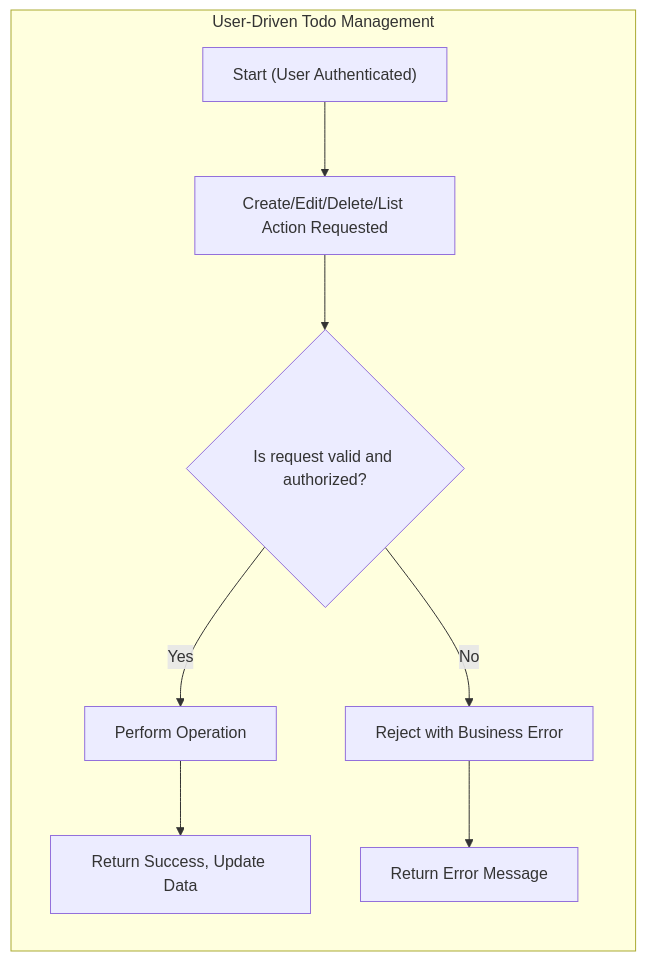
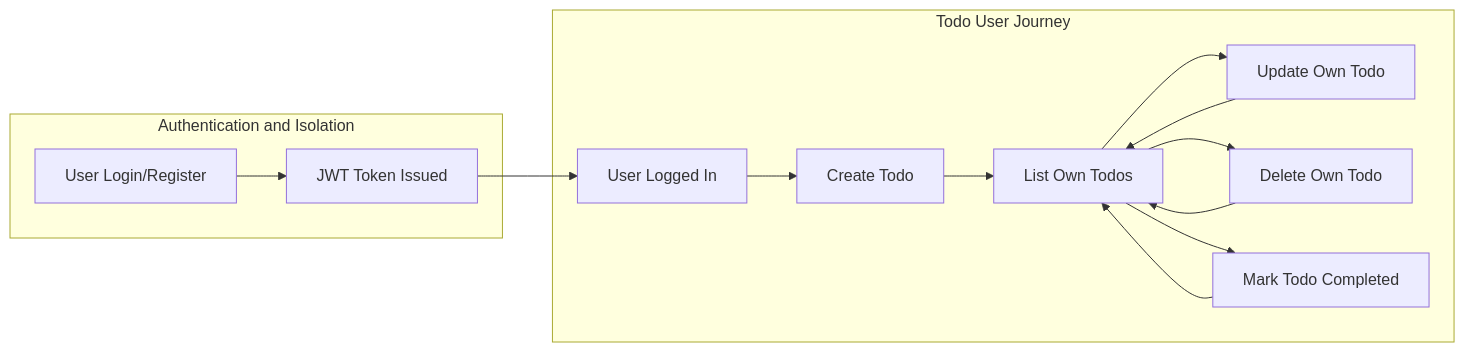
Before and after one commit to wrtnlabs/autobe-examples: the diagram in openai/gpt-4.1/todo/docs/analysis/01-service-overview.md, drawn with Mermaid. The commit also changed other lines of this file and 22498 other files, not shown here.

````diff
--- a/openai/gpt-4.1/todo/docs/analysis/01-service-overview.md
+++ b/openai/gpt-4.1/todo/docs/analysis/01-service-overview.md
@@ -79,11 +76,17 @@
 ```mermaid
 graph LR
-    subgraph "User-Driven Todo Management"
-        A["Start (User Authenticated)"] --> B["Create/Edit/Delete/List Action Requested"]
-        B --> C{"Is request valid and authorized?"}
-        C -->|"Yes"| D["Perform Operation"]
-        C -->|"No"| E["Reject with Business Error"]
-        D --> F["Return Success, Update Data"]
-        E --> G["Return Error Message"]
-    end
+  subgraph "Todo User Journey"
+    A["User Logged In"] --> B["Create Todo"]
+    B --> C["List Own Todos"]
+    C --> D["Update Own Todo"]
+    C --> E["Delete Own Todo"]
+    C --> F["Mark Todo Completed"]
+    D --> C
+    E --> C
+    F --> C
+  end
+  subgraph "Authentication and Isolation"
+    G["User Login/Register"] --> H["JWT Token Issued"]
+    H --> A
+  end
 ```
````
